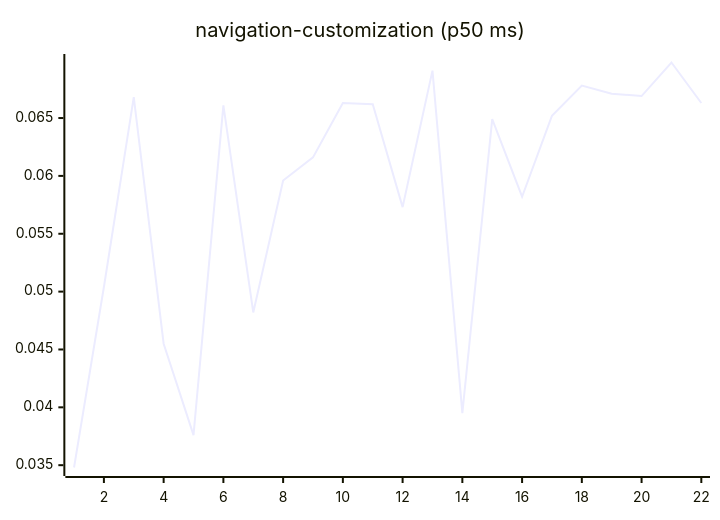
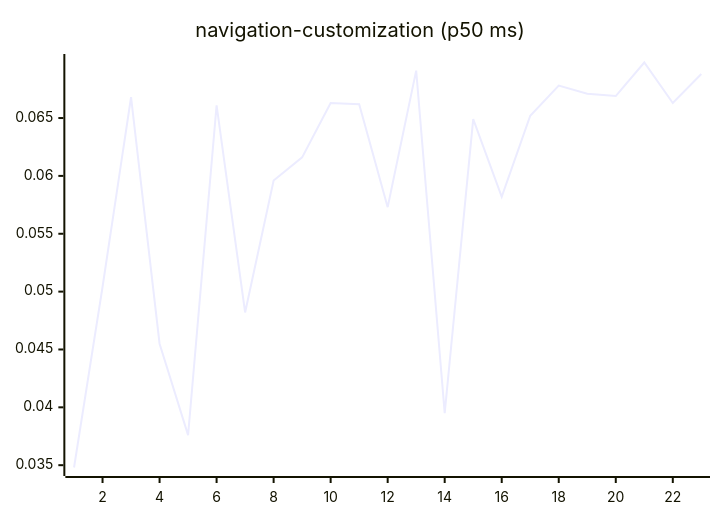
Before and after one commit to josha/Facet: diagram 15 of 27 in README.md, drawn with Mermaid. The commit also changed other lines of this file and 2 other files, not shown here.

````diff
--- a/README.md
+++ b/README.md
@@ -161,6 +161,6 @@
 ```mermaid
 xychart-beta
     title "navigation-customization (p50 ms)"
-    x-axis 1 --> 22
-    line [0.0348, 0.0504, 0.0668, 0.0455, 0.0376, 0.0661, 0.0482, 0.0596, 0.0616, 0.0663, 0.0662, 0.0573, 0.0691, 0.0395, 0.0649, 0.0582, 0.0652, 0.0678, 0.0671, 0.0669, 0.0698, 0.0663]
+    x-axis 1 --> 23
+    line [0.0348, 0.0504, 0.0668, 0.0455, 0.0376, 0.0661, 0.0482, 0.0596, 0.0616, 0.0663, 0.0662, 0.0573, 0.0691, 0.0395, 0.0649, 0.0582, 0.0652, 0.0678, 0.0671, 0.0669, 0.0698, 0.0663, 0.0688]
 ```
````
